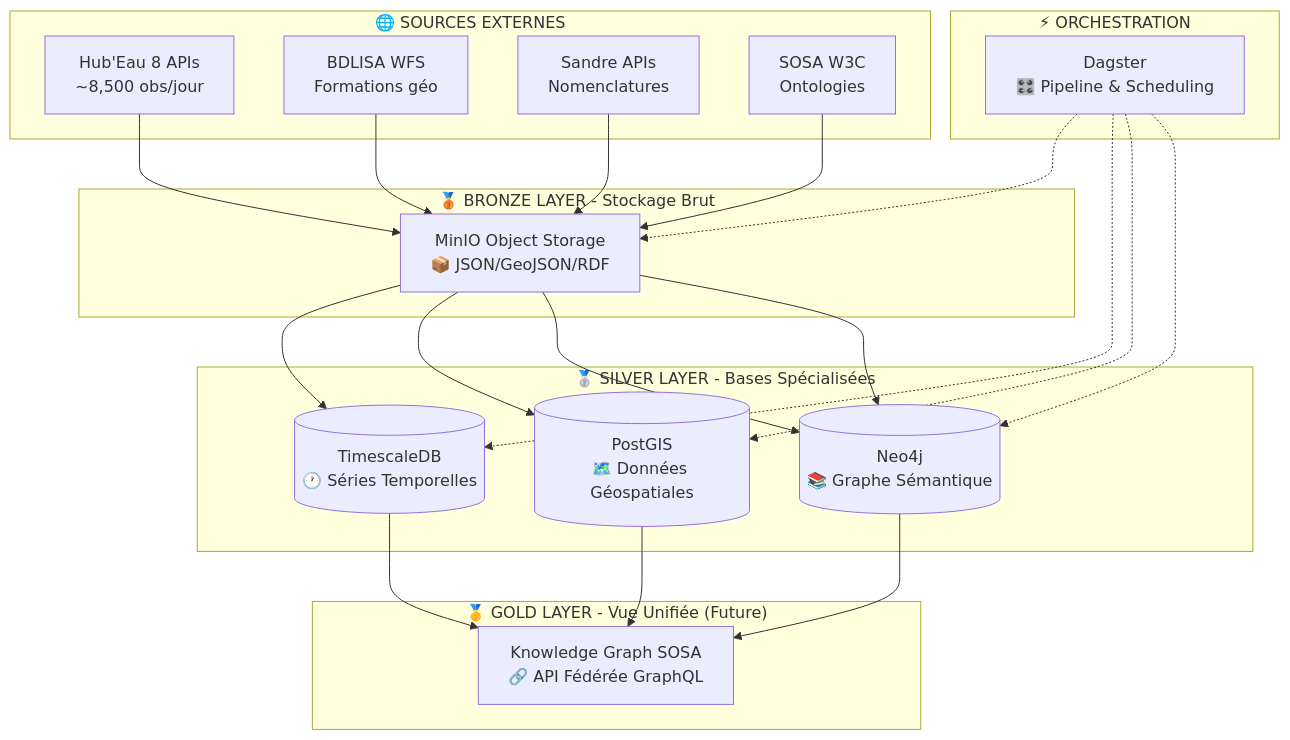
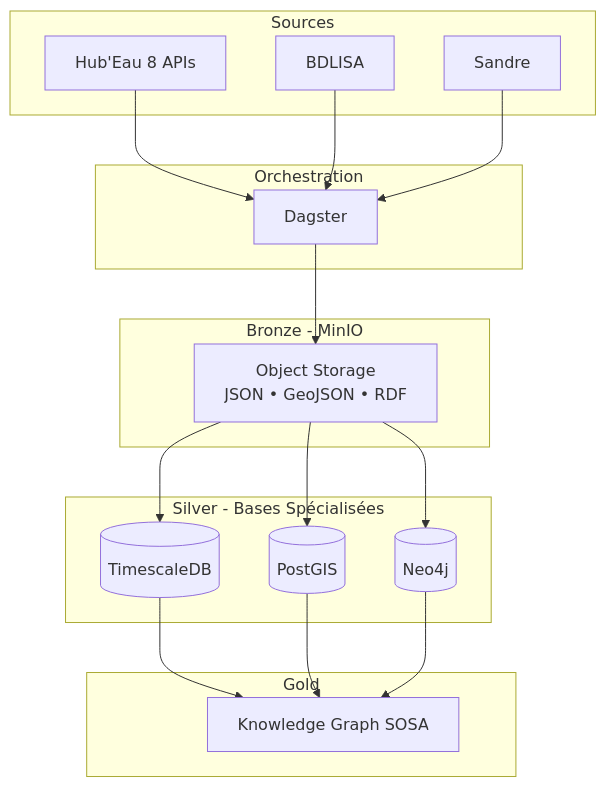
Before and after one commit to xairon/hubeau_data_integration: the diagram in docs/TECHNICAL_ARCHITECTURE.md, drawn with Mermaid. The commit also changed other lines of this file and 22 other files, not shown here.

````diff
--- a/docs/TECHNICAL_ARCHITECTURE.md
+++ b/docs/TECHNICAL_ARCHITECTURE.md
@@ -9,41 +9,37 @@
 ```mermaid
 graph TB
-    subgraph "🌐 SOURCES EXTERNES"
-        H1[Hub'Eau 8 APIs<br/>~8,500 obs/jour]
-        H2[BDLISA WFS<br/>Formations géo]
-        H3[Sandre APIs<br/>Nomenclatures]
-        H4[SOSA W3C<br/>Ontologies]
+    subgraph Sources["Sources"]
+        H1[Hub'Eau 8 APIs]
+        H2[BDLISA]
+        H3[Sandre]
     end
     
-    subgraph "🥉 BRONZE LAYER - Stockage Brut"
-        MINIO[MinIO Object Storage<br/>📦 JSON/GeoJSON/RDF]
+    subgraph Orchestration["Orchestration"]
+        D[Dagster]
     end
     
-    subgraph "🥈 SILVER LAYER - Bases Spécialisées"
-        TS[(TimescaleDB<br/>🕐 Séries Temporelles)]
-        PG[(PostGIS<br/>🗺️ Données Géospatiales)]
-        N4[(Neo4j<br/>📚 Graphe Sémantique)]
+    subgraph Bronze["Bronze - MinIO"]
+        M[Object Storage<br/>JSON • GeoJSON • RDF]
     end
     
-    subgraph "🥇 GOLD LAYER - Vue Unifiée (Future)"
-        KG[Knowledge Graph SOSA<br/>🔗 API Fédérée GraphQL]
+    subgraph Silver["Silver - Bases Spécialisées"]
+        TS[(TimescaleDB)]
+        PG[(PostGIS)]
+        N4[(Neo4j)]
     end
     
-    subgraph "⚡ ORCHESTRATION"
-        DAGSTER[Dagster<br/>🎛️ Pipeline & Scheduling]
+    subgraph Gold["Gold"]
+        KG[Knowledge Graph SOSA]
     end
     
-    H1 --> MINIO --> TS
-    H2 --> MINIO --> PG
-    H3 --> MINIO --> N4
-    H4 --> MINIO --> N4
-    
+    H1 --> D
+    H2 --> D
+    H3 --> D
+    D --> M
+    M --> TS
+    M --> PG
+    M --> N4
     TS --> KG
     PG --> KG
     N4 --> KG
-    
-    DAGSTER -.-> MINIO
-    DAGSTER -.-> TS
-    DAGSTER -.-> PG
-    DAGSTER -.-> N4
 ```
````
